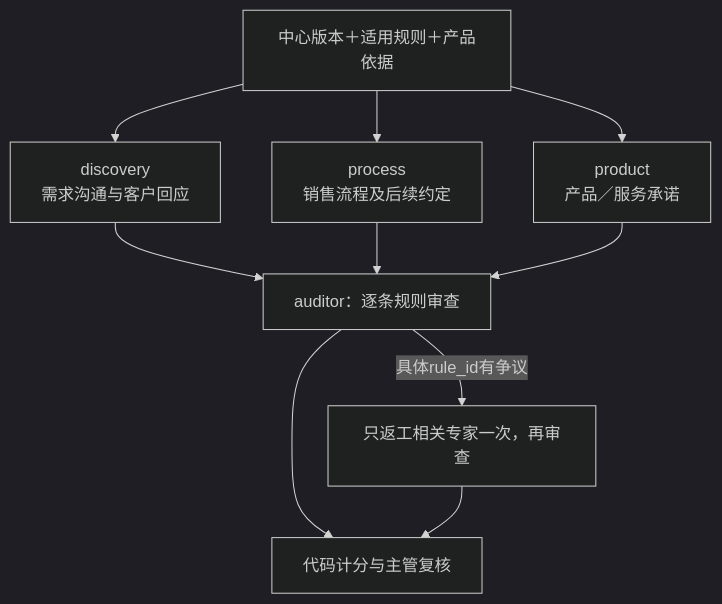
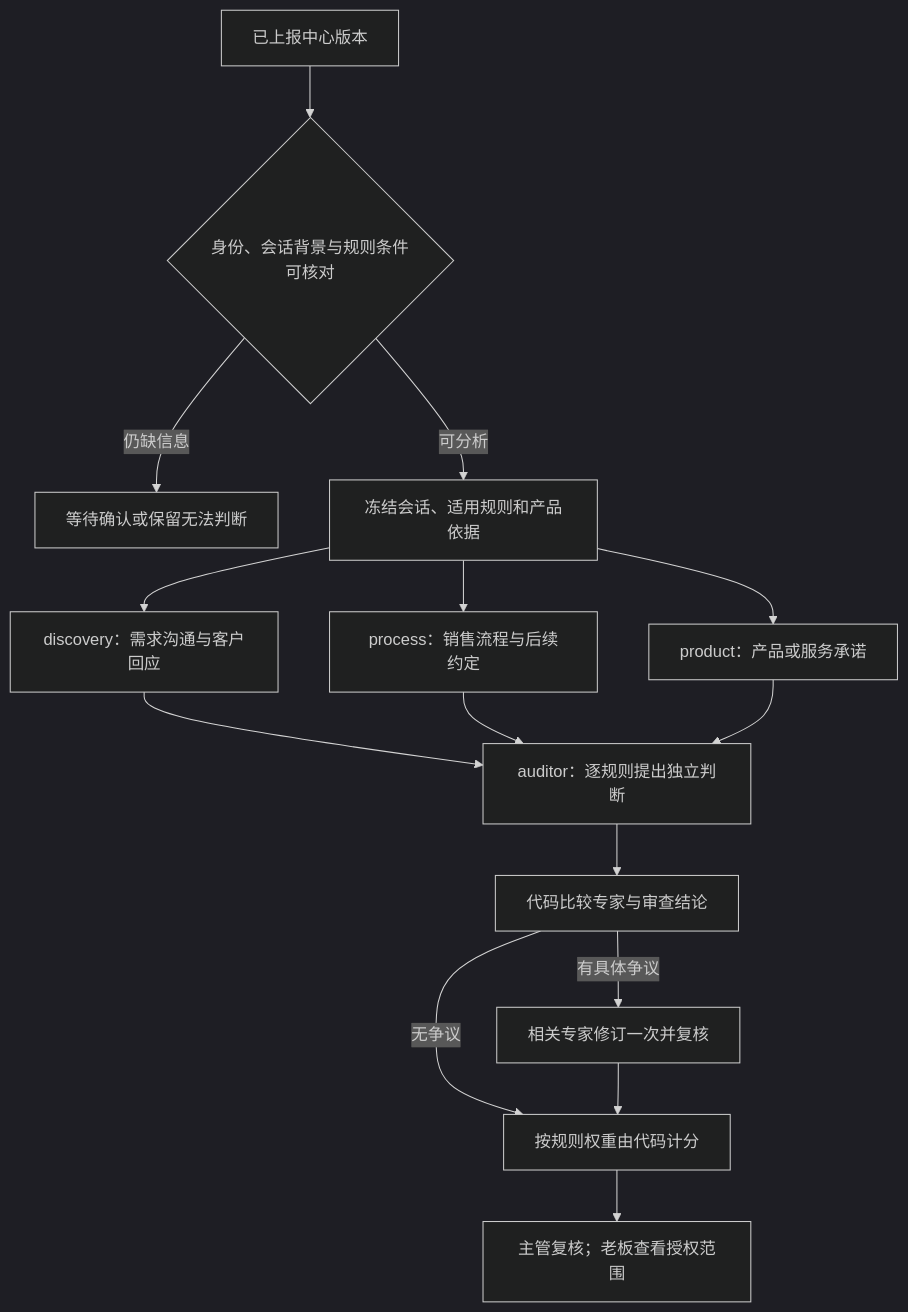
The fifth of 7 diagrams in README.md (thehappysky/meetflow), drawn with Mermaid (dark theme) before and after one commit. The commit also changed other lines of this file and 4 other files, not shown here.

Commit message:
docs: explain implemented sales meeting workflows with seven diagrams

````diff
--- a/README.md
+++ b/README.md
@@ -217,12 +158,17 @@
 ```mermaid
 flowchart TD
-    I[中心版本＋适用规则＋产品依据] --> D[discovery<br/>需求沟通与客户回应]
-    I --> P[process<br/>销售流程及后续约定]
-    I --> B[product<br/>产品／服务承诺]
-    D --> A[auditor：逐条规则审查]
-    P --> A
-    B --> A
-    A -->|具体rule_id有争议| R[只返工相关专家一次，再审查]
-    A --> O[代码计分与主管复核]
-    R --> O
+    Center[已上报中心版本] --> Ready{身份、会话背景与规则条件可核对}
+    Ready -->|仍缺信息| Pending[等待确认或保留无法判断]
+    Ready -->|可分析| Snapshot[冻结会话、适用规则和产品依据]
+    Snapshot --> Discovery[discovery：需求沟通与客户回应]
+    Snapshot --> Process[process：销售流程与后续约定]
+    Snapshot --> Product[product：产品或服务承诺]
+    Discovery --> Audit[auditor：逐规则提出独立判断]
+    Process --> Audit
+    Product --> Audit
+    Audit --> Compare[代码比较专家与审查结论]
+    Compare -->|有具体争议| Repair[相关专家修订一次并复核]
+    Compare -->|无争议| Score[按规则权重由代码计分]
+    Repair --> Score
+    Score --> Review[主管复核；老板查看授权范围]
 ```
````
